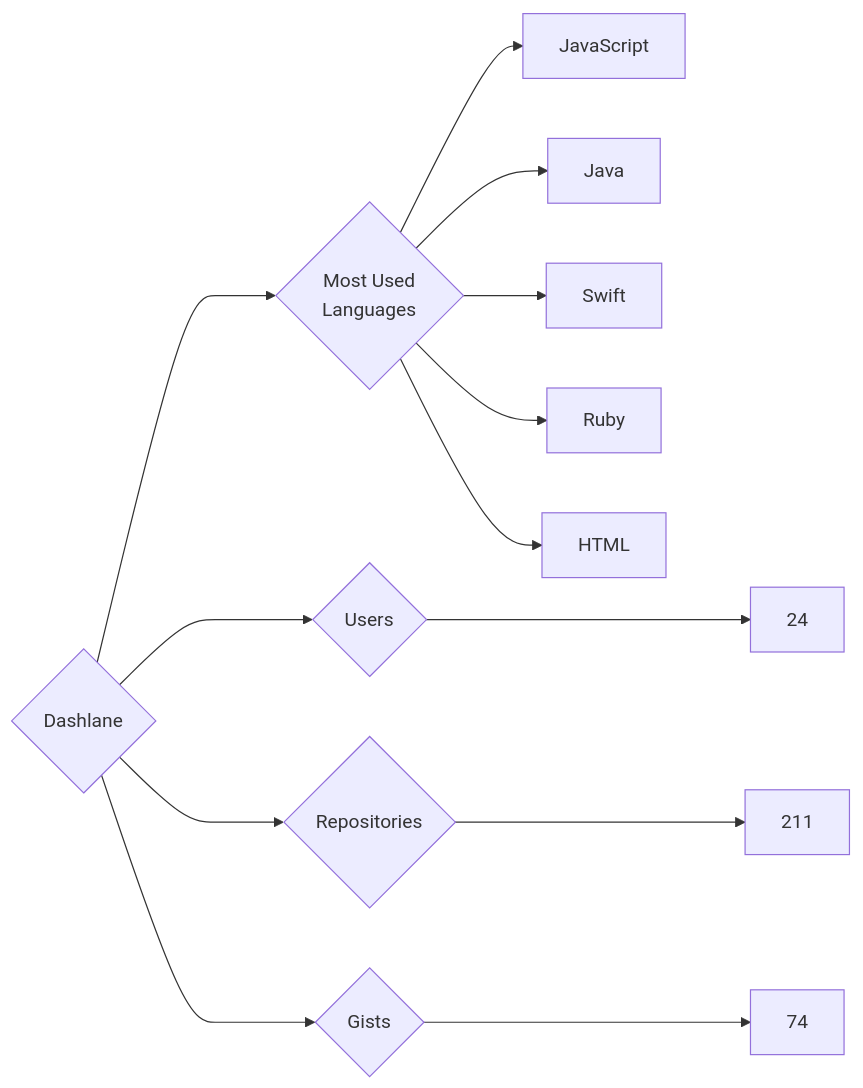
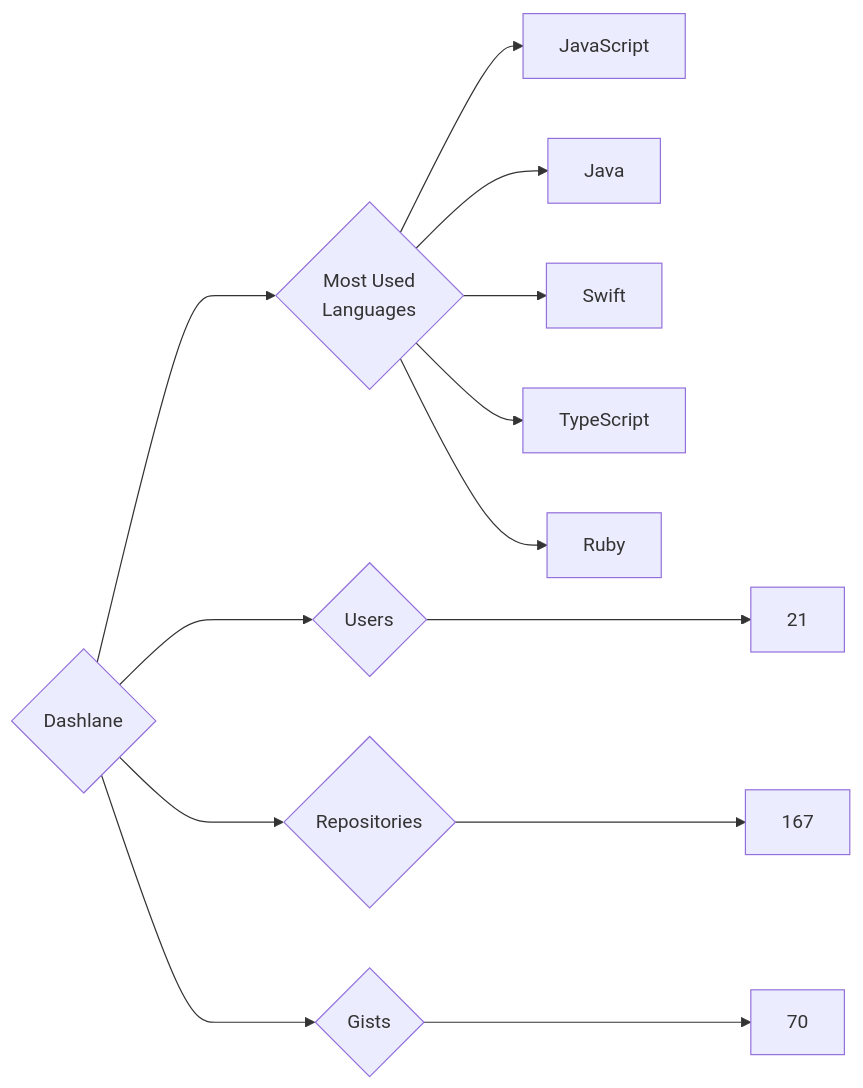
The diagram in targets/Dashlane/README.md (trickest/insiders), drawn with Mermaid before and after one commit. The commit also changed 838 other files, not shown here.

````diff
--- a/targets/Dashlane/README.md
+++ b/targets/Dashlane/README.md
@@ -3,13 +3,13 @@
 ```mermaid
 graph LR
 COMPANY_NAME{Dashlane}
-COMPANY_NAME ---> U{Users} ---> UN[24]
-COMPANY_NAME ---> R{Repositories} ---> RN[211]
-COMPANY_NAME ---> G{Gists} ---> GN[74]
+COMPANY_NAME ---> U{Users} ---> UN[21]
+COMPANY_NAME ---> R{Repositories} ---> RN[167]
+COMPANY_NAME ---> G{Gists} ---> GN[70]
 COMPANY_NAME ---> ML{Most Used<br>Languages}
 ML --> JavaScript[JavaScript]
 ML --> Java[Java]
 ML --> Swift[Swift]
+ML --> TypeScript[TypeScript]
 ML --> Ruby[Ruby]
-ML --> HTML[HTML]
 ```
````
